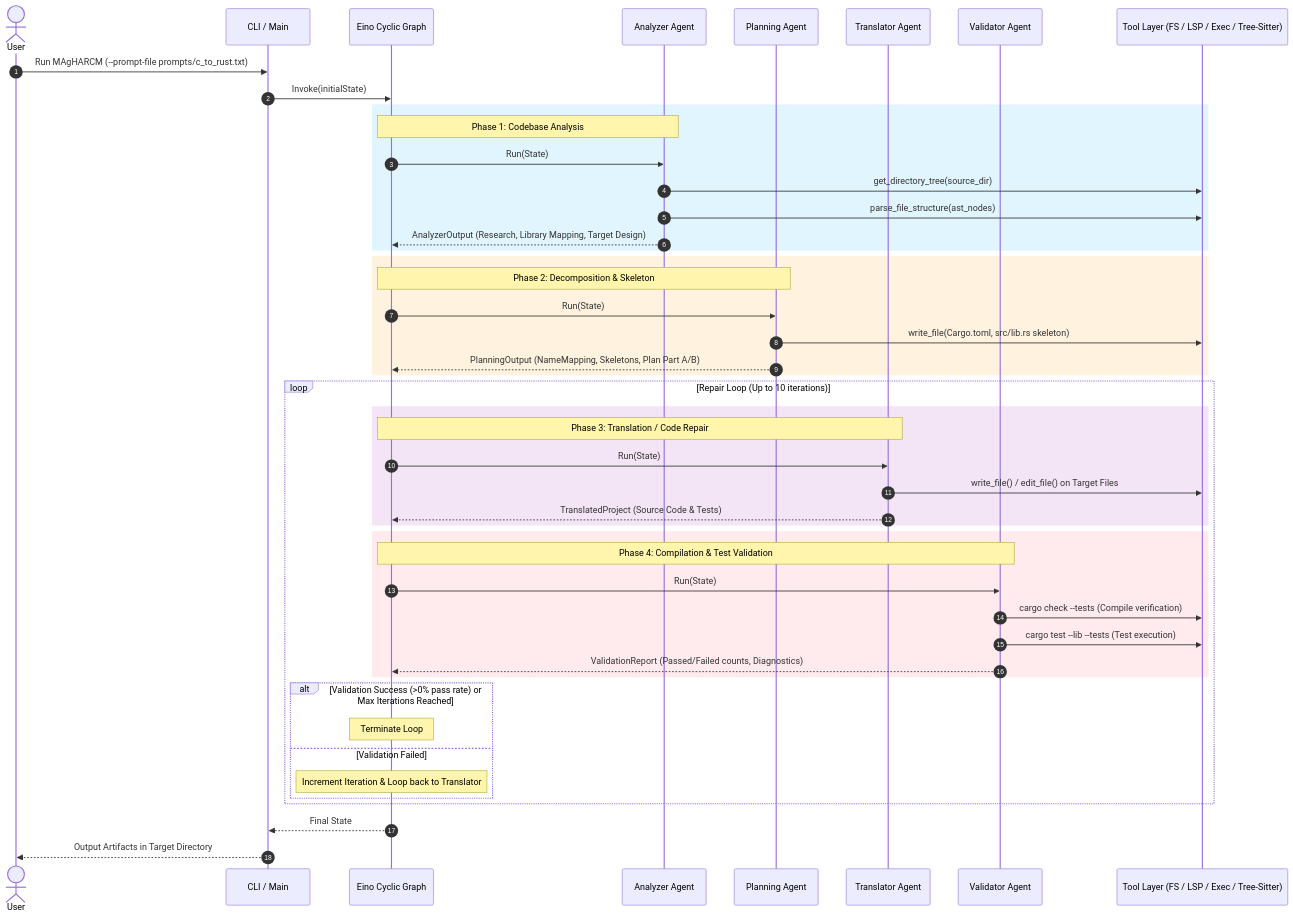
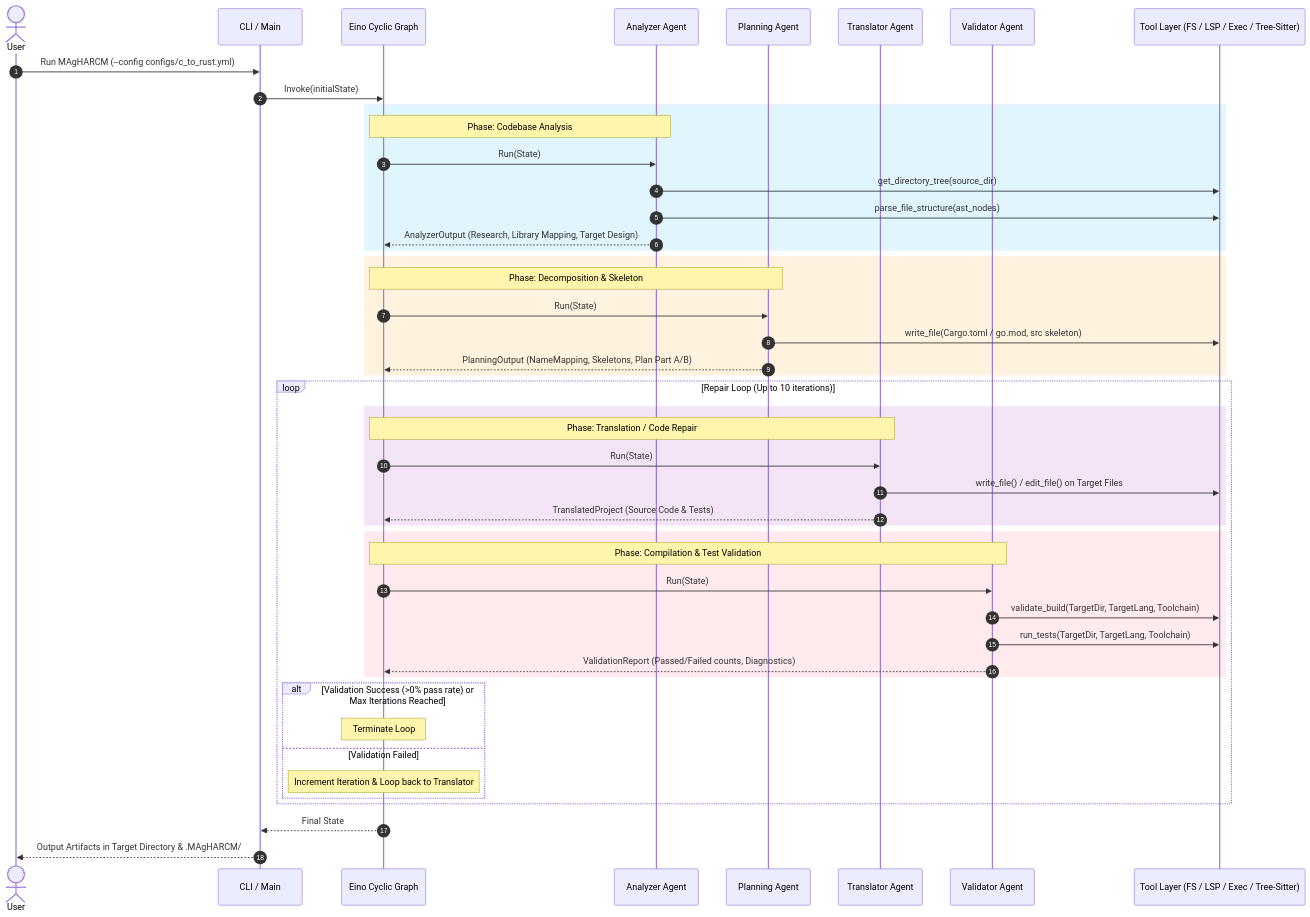
Before and after one commit to NTDuck/MAgHARCM: the second of 2 diagrams in docs/workflow.md, drawn with Mermaid. The commit also changed other lines of this file and 10 other files, not shown here.

Commit message:
docs: humanize comments, clean formatting, and update architecture documentation

````diff
--- a/docs/workflow.md
+++ b/docs/workflow.md
@@ -33,56 +33,56 @@
 ```mermaid
 sequenceDiagram
     autonumber
     actor User
     participant CLI as CLI / Main
     participant Graph as Eino Cyclic Graph
     participant Analyzer as Analyzer Agent
     participant Planning as Planning Agent
     participant Translator as Translator Agent
     participant Validator as Validator Agent
     participant Tools as Tool Layer (FS / LSP / Exec / Tree-Sitter)
 
-    User->>CLI: Run MAgHARCM (--prompt-file prompts/c_to_rust.txt)
+    User->>CLI: Run MAgHARCM (--config configs/c_to_rust.yml)
     CLI->>Graph: Invoke(initialState)
 
     rect rgb(225, 245, 254)
-        Note over Graph,Analyzer: Phase 1: Codebase Analysis
+        Note over Graph,Analyzer: Phase: Codebase Analysis
         Graph->>Analyzer: Run(State)
         Analyzer->>Tools: get_directory_tree(source_dir)
         Analyzer->>Tools: parse_file_structure(ast_nodes)
         Analyzer-->>Graph: AnalyzerOutput (Research, Library Mapping, Target Design)
     end
 
     rect rgb(255, 243, 224)
-        Note over Graph,Planning: Phase 2: Decomposition & Skeleton
+        Note over Graph,Planning: Phase: Decomposition & Skeleton
         Graph->>Planning: Run(State)
-        Planning->>Tools: write_file(Cargo.toml, src/lib.rs skeleton)
+        Planning->>Tools: write_file(Cargo.toml / go.mod, src skeleton)
         Planning-->>Graph: PlanningOutput (NameMapping, Skeletons, Plan Part A/B)
     end
 
     loop Repair Loop (Up to 10 iterations)
         rect rgb(243, 229, 245)
-            Note over Graph,Translator: Phase 3: Translation / Code Repair
+            Note over Graph,Translator: Phase: Translation / Code Repair
             Graph->>Translator: Run(State)
             Translator->>Tools: write_file() / edit_file() on Target Files
             Translator-->>Graph: TranslatedProject (Source Code & Tests)
         end
 
         rect rgb(255, 235, 238)
-            Note over Graph,Validator: Phase 4: Compilation & Test Validation
+            Note over Graph,Validator: Phase: Compilation & Test Validation
             Graph->>Validator: Run(State)
-            Validator->>Tools: cargo check --tests (Compile verification)
-            Validator->>Tools: cargo test --lib --tests (Test execution)
+            Validator->>Tools: validate_build(TargetDir, TargetLang, Toolchain)
+            Validator->>Tools: run_tests(TargetDir, TargetLang, Toolchain)
             Validator-->>Graph: ValidationReport (Passed/Failed counts, Diagnostics)
         end
 
         alt Validation Success (>0% pass rate) or Max Iterations Reached
             Note over Graph: Terminate Loop
         else Validation Failed
             Note over Graph: Increment Iteration & Loop back to Translator
         end
     end
 
     Graph-->>CLI: Final State
-    CLI-->>User: Output Artifacts in Target Directory
+    CLI-->>User: Output Artifacts in Target Directory & .MAgHARCM/
 ```
````
